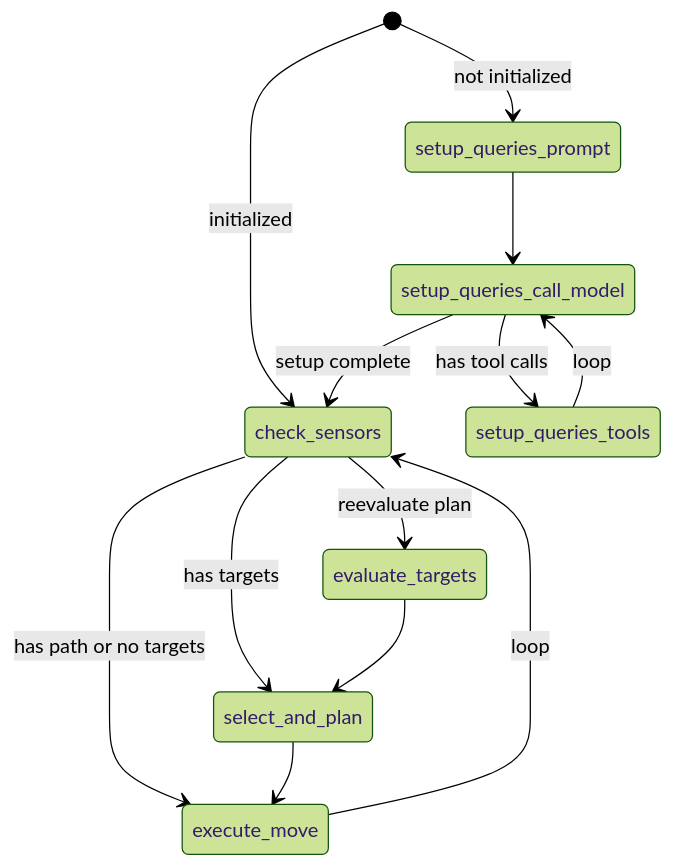
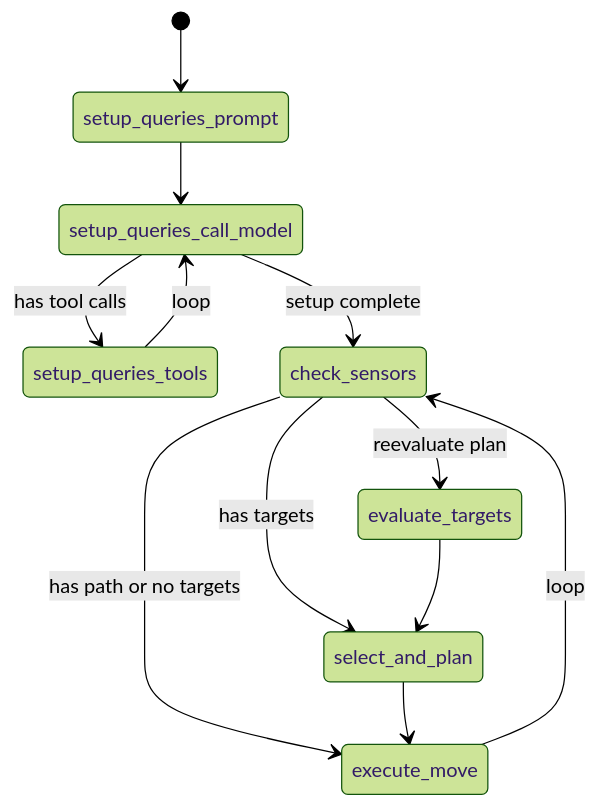
One commit to drasi-project/langchain-drasi changed the diagram in examples/terminator/README.md. Above: the diagram before and after it, drawn with Mermaid (forest theme). The commit also changed other lines of this file and 1 other file, not shown here.

````diff
--- a/examples/terminator/README.md
+++ b/examples/terminator/README.md
@@ -129,18 +129,17 @@
 ```mermaid
 stateDiagram-v2
-    [*] --> setup_queries_prompt: not initialized
-    [*] --> check_sensors: initialized
+    [*] --> setup_queries_prompt
 
     setup_queries_prompt --> setup_queries_call_model
     setup_queries_call_model --> setup_queries_tools: has tool calls
     setup_queries_call_model --> check_sensors: setup complete
     setup_queries_tools --> setup_queries_call_model: loop
 
     check_sensors --> evaluate_targets: reevaluate plan
     check_sensors --> select_and_plan: has targets
     check_sensors --> execute_move: has path or no targets
 
     evaluate_targets --> select_and_plan
     select_and_plan --> execute_move
     execute_move --> check_sensors: loop
 ```
````
